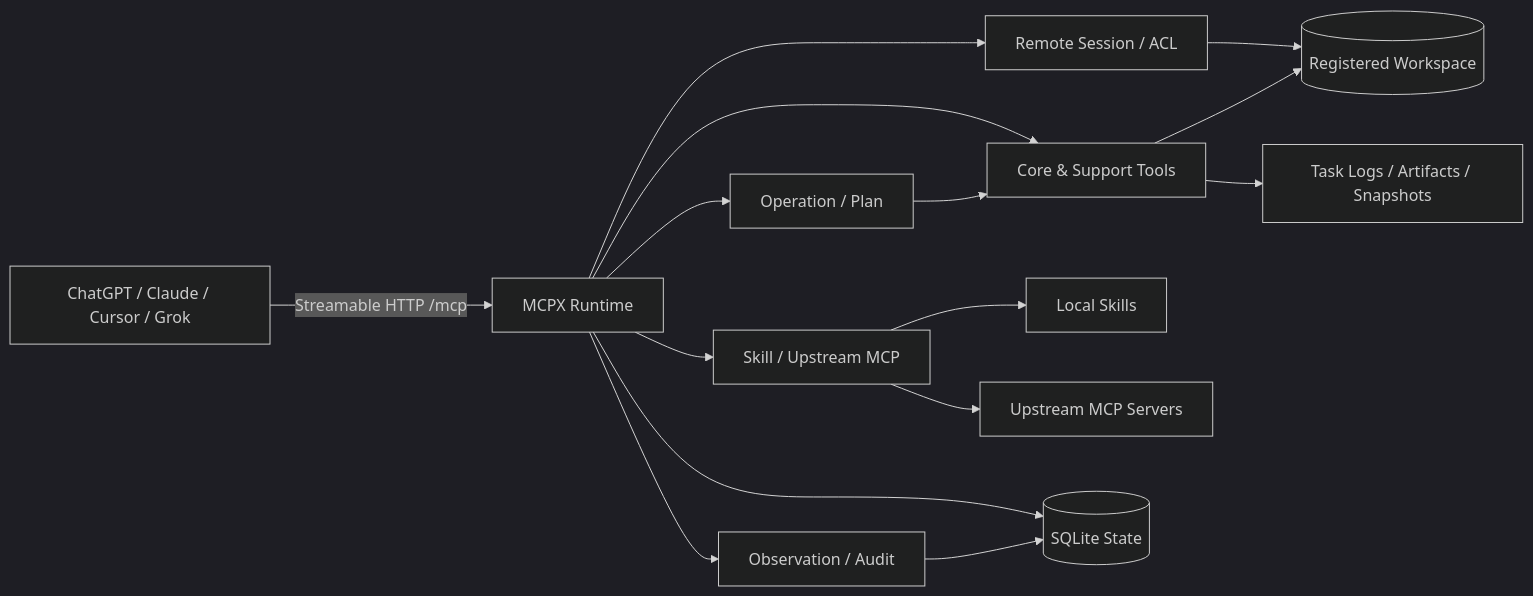
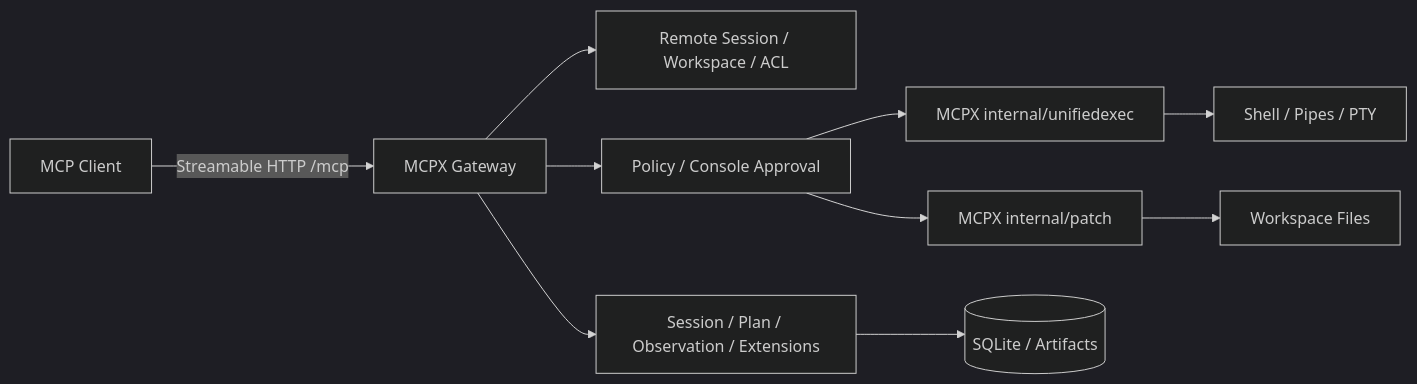
Before and after one commit to veithly/mcpx: the diagram in README.md, drawn with Mermaid (dark theme). The commit also changed other lines of this file and 293 other files, not shown here.

````diff
--- a/README.md
+++ b/README.md
@@ -32,19 +25,12 @@
 ```mermaid
 flowchart LR
-    Client[ChatGPT / Claude / Cursor / Grok] -->|Streamable HTTP /mcp| Runtime[MCPX Runtime]
-    Runtime --> Session[Remote Session / ACL]
-    Runtime --> Tools[Core & Support Tools]
-    Runtime --> Orchestration[Operation / Plan]
-    Runtime --> Extension[Skill / Upstream MCP]
-    Runtime --> Observe[Observation / Audit]
-
-    Session --> Workspace[(Registered Workspace)]
-    Tools --> Workspace
-    Orchestration --> Tools
-    Extension --> Skills[Local Skills]
-    Extension --> Upstream[Upstream MCP Servers]
-
-    Runtime --> State[(SQLite State)]
-    Observe --> State
-    Tools --> RuntimeData[Task Logs / Artifacts / Snapshots]
+    Client[MCP Client] -->|Streamable HTTP /mcp| Runtime[MCPX Gateway]
+    Runtime --> Session[Remote Session / Workspace / ACL]
+    Runtime --> Policy[Policy / Console Approval]
+    Policy --> Exec[MCPX internal/unifiedexec]
+    Policy --> Patch[MCPX internal/patch]
+    Exec --> Process[Shell / Pipes / PTY]
+    Patch --> Files[Workspace Files]
+    Runtime --> Management[Session / Plan / Observation / Extensions]
+    Management --> State[(SQLite / Artifacts)]
 ```
````
